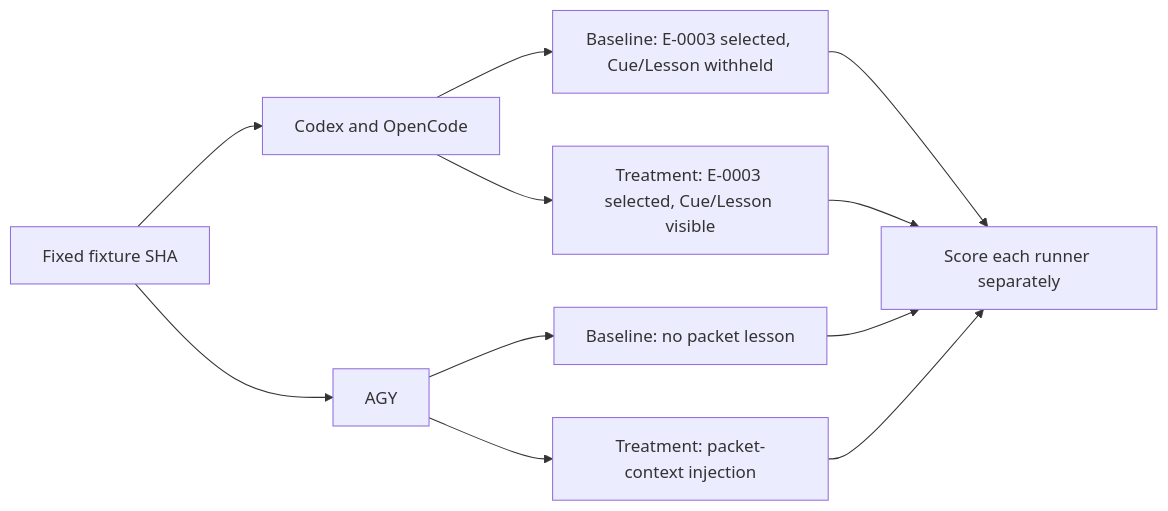
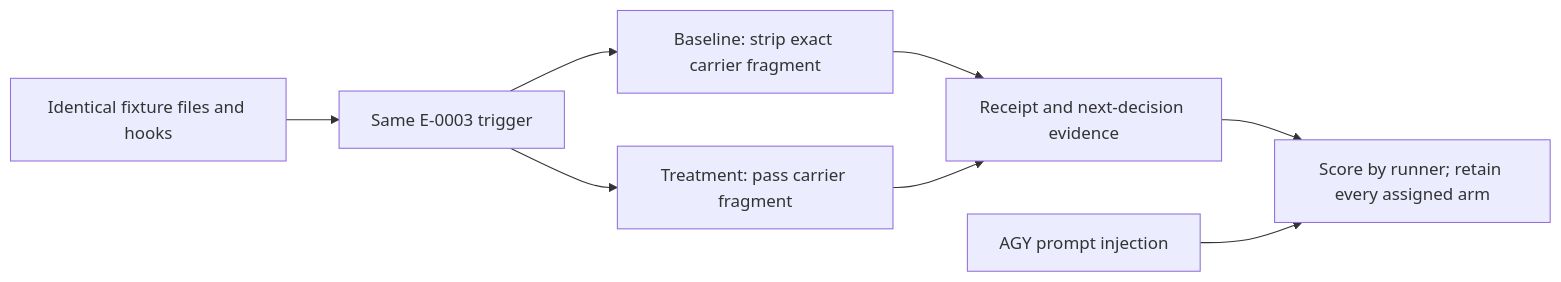
One commit to dyphn1/Harness-everything changed the diagram in behavioral-evals/ledger-pairs/README.md. Above: the diagram before and after it, drawn with Mermaid. The commit also changed other lines of this file and 5 other files, not shown here.

First line of the commit message:
test(evals): carrier-only arm difference, prepared-commit codex arm, receipt gate (#552 f)

````diff
--- a/behavioral-evals/ledger-pairs/README.md
+++ b/behavioral-evals/ledger-pairs/README.md
@@ -5,13 +5,10 @@
 ```mermaid
 flowchart LR
-  F[Fixed fixture SHA] --> C[Codex and OpenCode]
-  C --> B[Baseline: E-0003 selected, Cue/Lesson withheld]
-  C --> T[Treatment: E-0003 selected, Cue/Lesson visible]
-  F --> A[AGY]
-  A --> AB[Baseline: no packet lesson]
-  A --> AT[Treatment: packet-context injection]
-  B --> S[Score each runner separately]
-  T --> S
-  AB --> S
-  AT --> S
+  F[Identical fixture files and hooks] --> P[Same E-0003 trigger]
+  P --> B[Baseline: strip exact carrier fragment]
+  P --> T[Treatment: pass carrier fragment]
+  B --> R[Receipt and next-decision evidence]
+  T --> R
+  R --> S[Score by runner; retain every assigned arm]
+  A[AGY prompt injection] --> S
 ```
````
